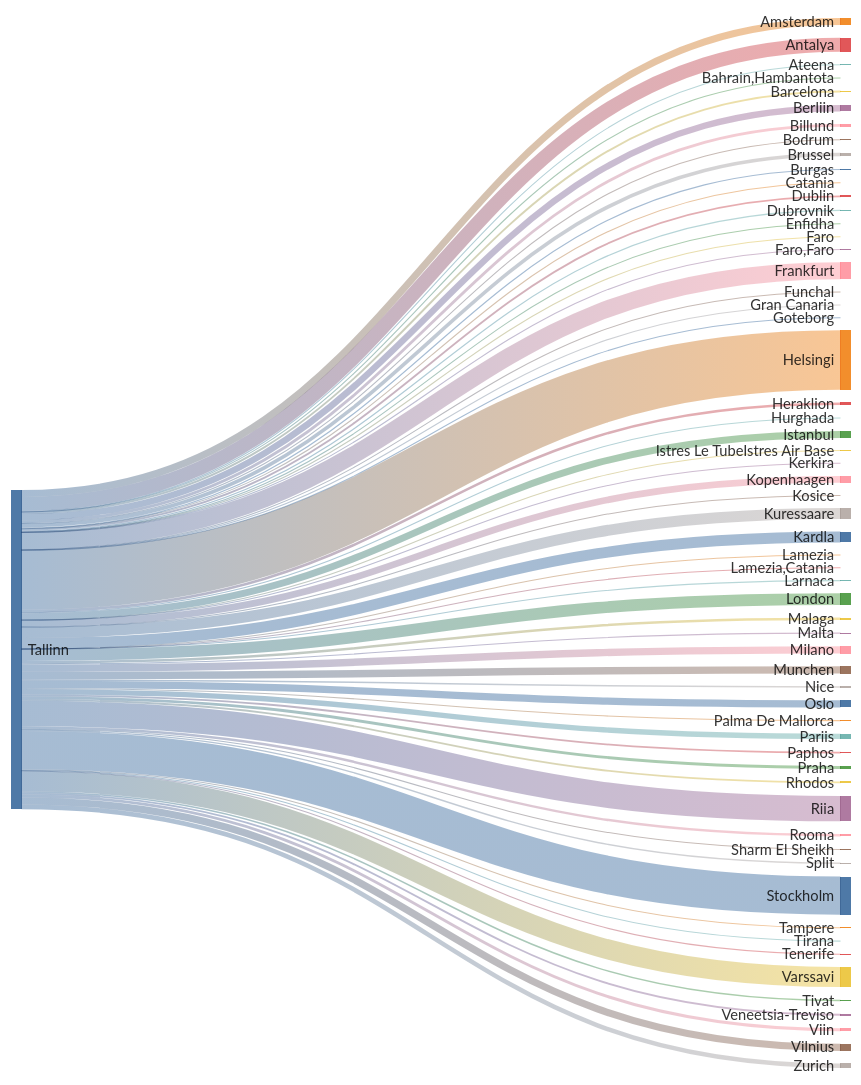
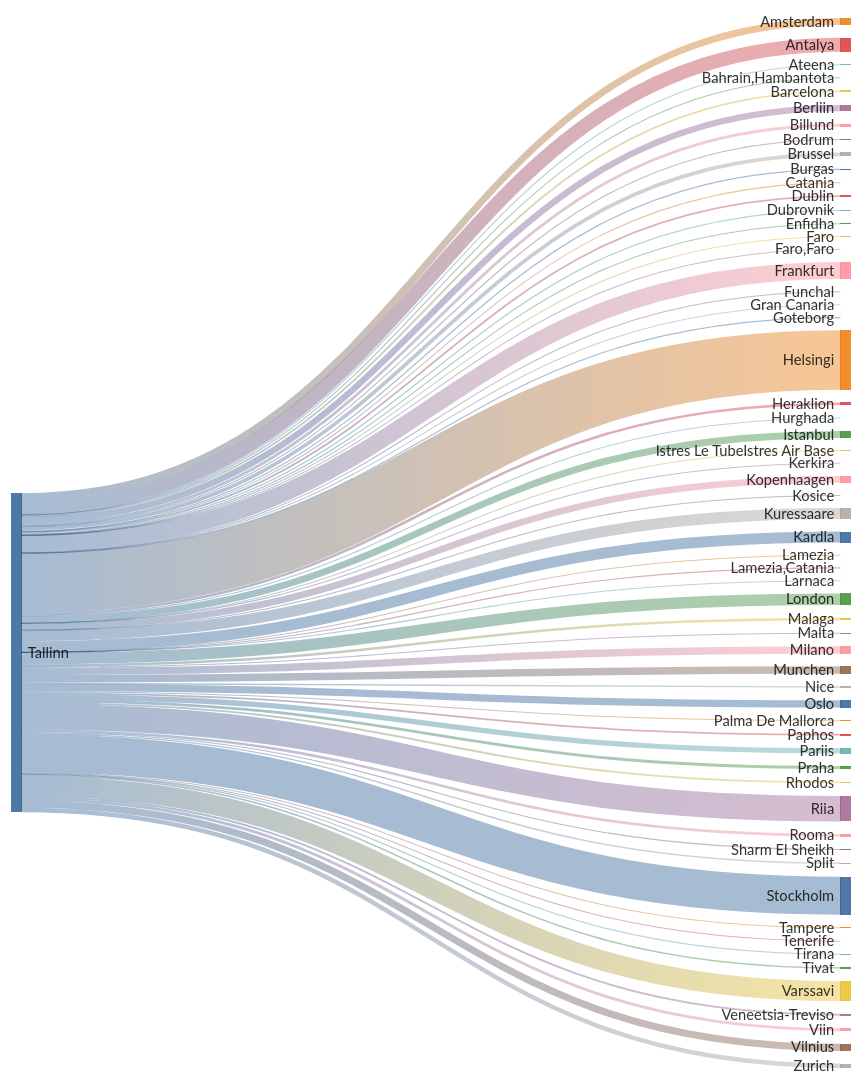
Before and after one commit to rainermesi/tll-airport-departures: the second of 2 diagrams in README.md, drawn with Mermaid. The commit also changed other lines of this file, not shown here.

````diff
--- a/README.md
+++ b/README.md
@@ -34,72 +34,72 @@
 ```mermaid
 ---
 config:
   sankey:
     showValues: false
     width: 800
     height: 1000
 ---
 sankey-beta
 %% source,target,value
-Tallinn,Amsterdam,122
+Tallinn,Amsterdam,123
 Tallinn,Antalya,247
 Tallinn,Ateena,16
 Tallinn,"Bahrain,Hambantota",1
 Tallinn,Barcelona,33
 Tallinn,Berliin,112
 Tallinn,Billund,49
 Tallinn,Bodrum,11
-Tallinn,Brussel,64
+Tallinn,Brussel,65
 Tallinn,Burgas,21
 Tallinn,Catania,2
 Tallinn,Dublin,32
 Tallinn,Dubrovnik,21
 Tallinn,Enfidha,7
 Tallinn,Faro,4
 Tallinn,"Faro,Faro",1
-Tallinn,Frankfurt,299
+Tallinn,Frankfurt,301
 Tallinn,Funchal,5
-Tallinn,Gran Canaria,7
+Tallinn,Gran Canaria,8
 Tallinn,Goteborg,1
-Tallinn,Helsingi,1041
+Tallinn,Helsingi,1050
 Tallinn,Heraklion,46
 Tallinn,Hurghada,13
-Tallinn,Istanbul,120
+Tallinn,Istanbul,121
 Tallinn,Istres Le TubeIstres Air Base,2
 Tallinn,Kerkira,4
-Tallinn,Kopenhaagen,118
+Tallinn,Kopenhaagen,119
 Tallinn,Kosice,1
-Tallinn,Kuressaare,191
-Tallinn,Kardla,191
+Tallinn,Kuressaare,193
+Tallinn,Kardla,193
 Tallinn,Lamezia,1
 Tallinn,"Lamezia,Catania",3
 Tallinn,Larnaca,4
-Tallinn,London,204
+Tallinn,London,206
 Tallinn,Malaga,44
 Tallinn,Malta,15
-Tallinn,Milano,129
-Tallinn,Munchen,131
+Tallinn,Milano,130
+Tallinn,Munchen,132
 Tallinn,Nice,25
-Tallinn,Oslo,126
+Tallinn,Oslo,127
 Tallinn,Palma De Mallorca,19
 Tallinn,Paphos,31
 Tallinn,Pariis,94
 Tallinn,Praha,49
 Tallinn,Rhodos,32
-Tallinn,Riia,445
-Tallinn,Rooma,44
+Tallinn,Riia,449
+Tallinn,Rooma,45
 Tallinn,Sharm El Sheikh,15
 Tallinn,Split,25
-Tallinn,Stockholm,668
+Tallinn,Stockholm,670
 Tallinn,Tampere,17
-Tallinn,Tenerife,10
+Tallinn,Tenerife,11
 Tallinn,Tirana,8
 Tallinn,Tivat,26
-Tallinn,Varssavi,350
+Tallinn,Varssavi,353
 Tallinn,Veneetsia-Treviso,32
 Tallinn,Viin,51
-Tallinn,Vilnius,125
+Tallinn,Vilnius,126
 Tallinn,Zurich,80
 
 
 ```
````
